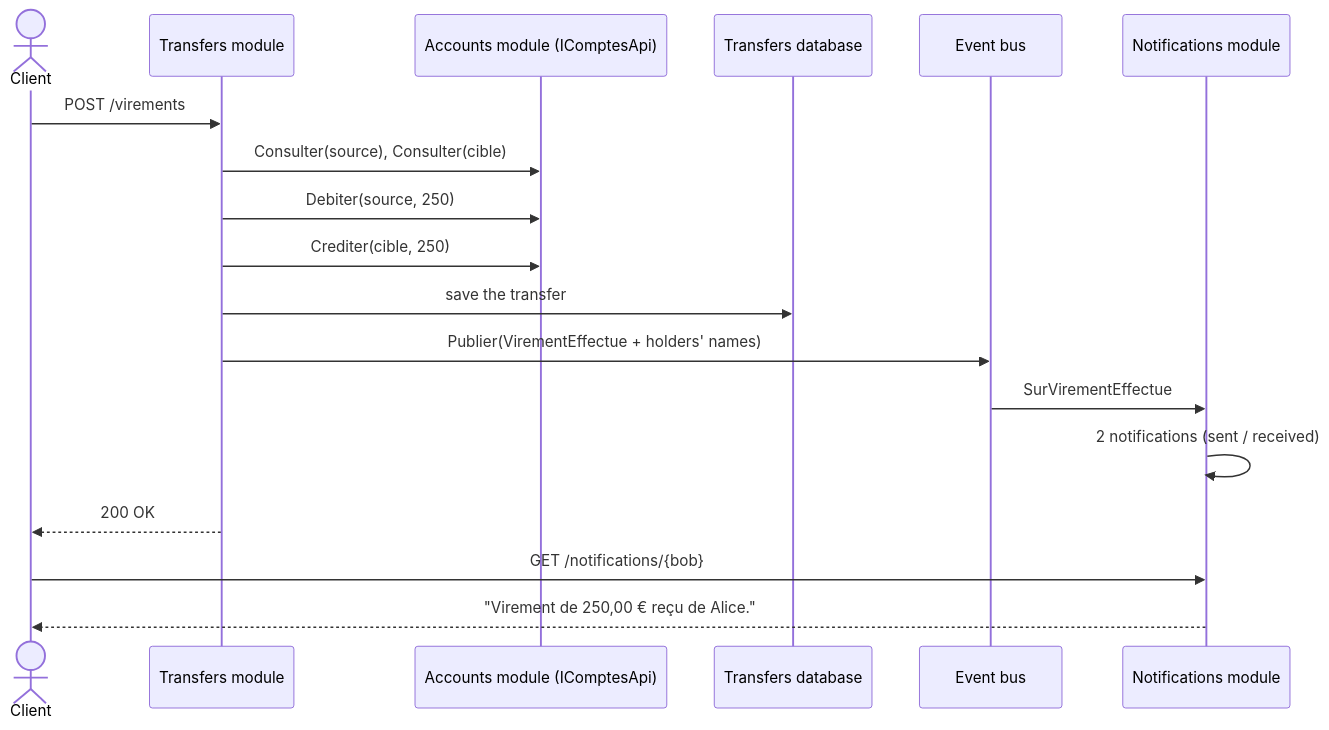
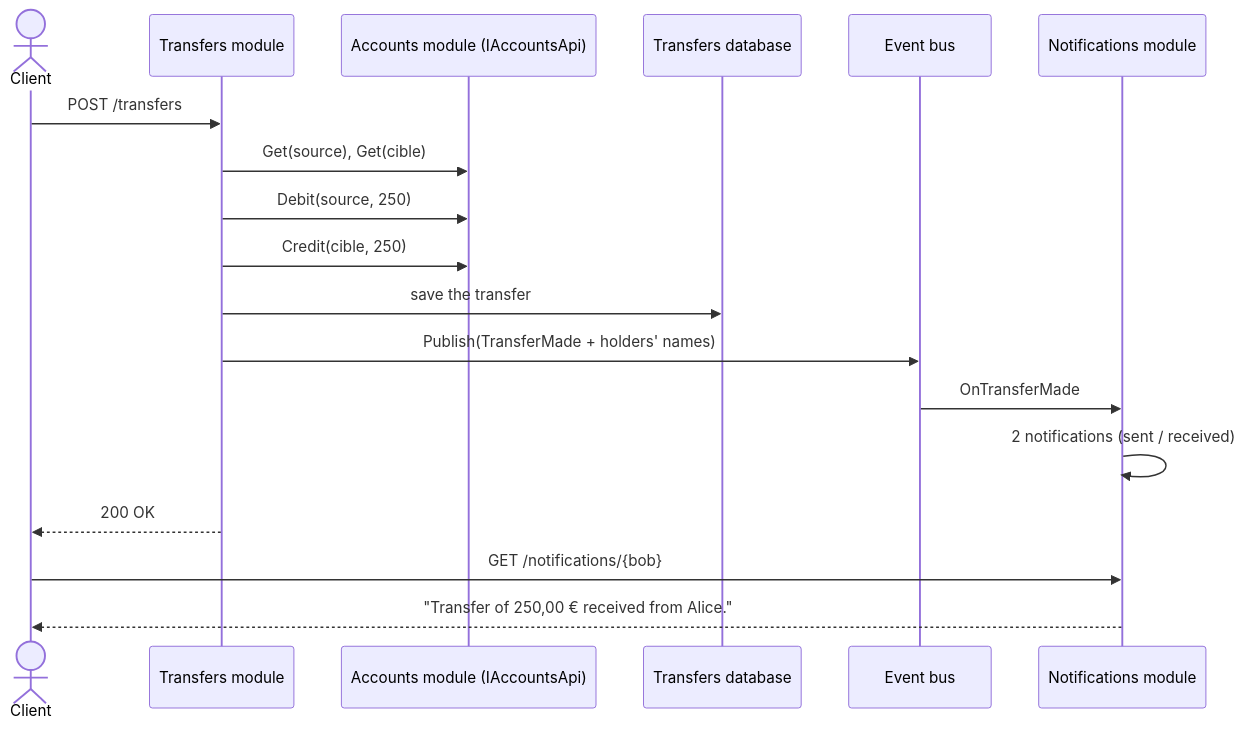
The third of 3 diagrams in Docs/en/07-monolithe-modulaire.md (drangoht/ArchitecturesDemo), drawn with Mermaid before and after one commit. The commit also changed other lines of this file and 78 other files, not shown here.

First line of the commit message:
Docs EN : identifiants, liens, diagrammes et sorties alignés sur le code anglais

````diff
--- a/Docs/en/07-monolithe-modulaire.md
+++ b/Docs/en/07-monolithe-modulaire.md
@@ -197,20 +196,20 @@
 ```mermaid
 sequenceDiagram
     actor Client
     participant V as Transfers module
-    participant C as Accounts module (IComptesApi)
+    participant C as Accounts module (IAccountsApi)
     participant DBV as Transfers database
     participant B as Event bus
     participant N as Notifications module
-    Client->>V: POST /virements
-    V->>C: Consulter(source), Consulter(cible)
-    V->>C: Debiter(source, 250)
-    V->>C: Crediter(cible, 250)
+    Client->>V: POST /transfers
+    V->>C: Get(source), Get(cible)
+    V->>C: Debit(source, 250)
+    V->>C: Credit(cible, 250)
     V->>DBV: save the transfer
-    V->>B: Publier(VirementEffectue + holders' names)
-    B->>N: SurVirementEffectue
+    V->>B: Publish(TransferMade + holders' names)
+    B->>N: OnTransferMade
     N->>N: 2 notifications (sent / received)
     V-->>Client: 200 OK
     Client->>N: GET /notifications/{bob}
-    N-->>Client: "Virement de 250,00 € reçu de Alice."
+    N-->>Client: "Transfer of 250,00 € received from Alice."
 ```
````
